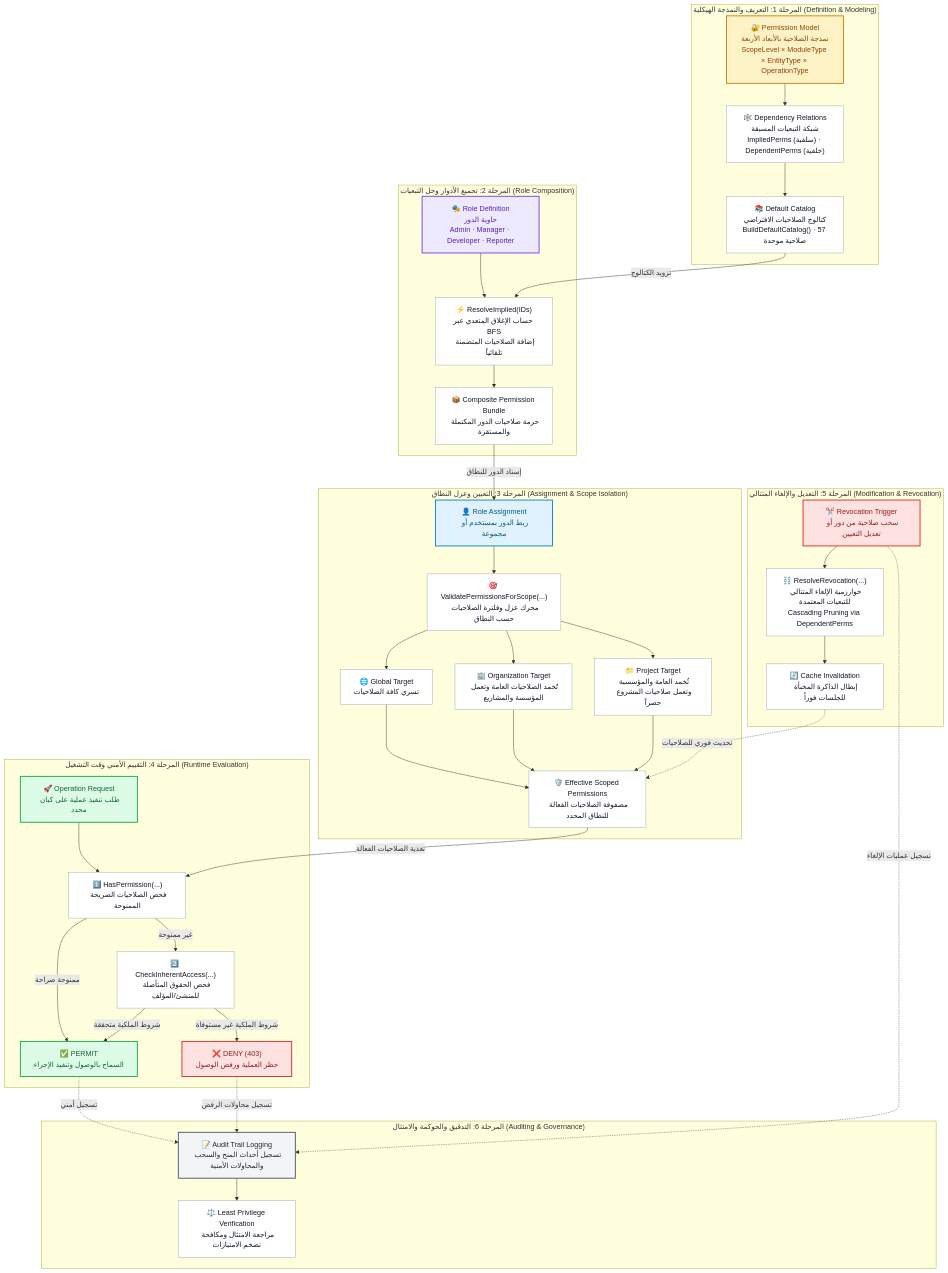
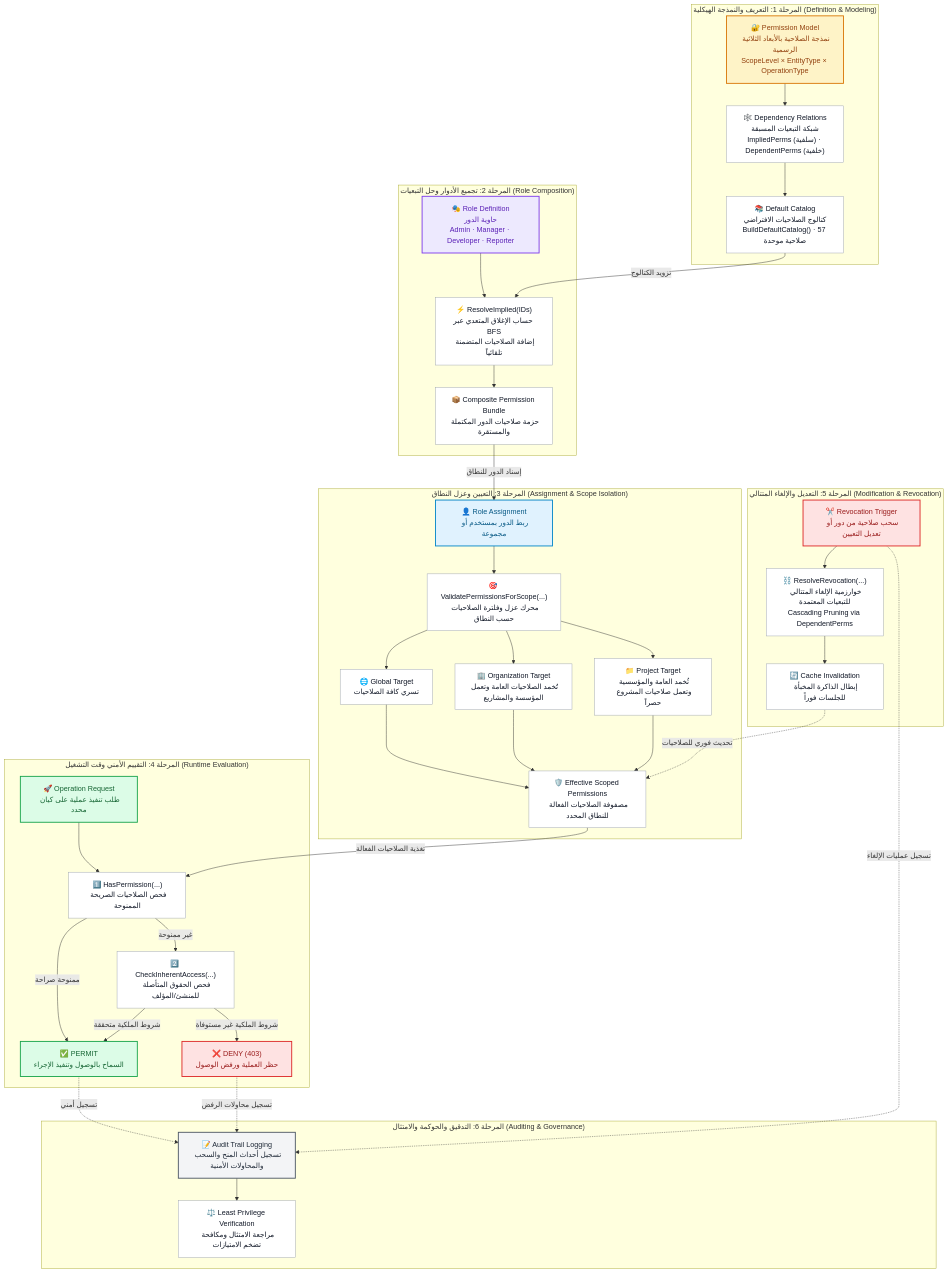
The diagram in docs/permissions/diagrams/permissions_lifecycle.mmd (osmai4603-collab/permissions_youtrack), drawn with Mermaid before and after one commit. The commit also changed 16 other files, not shown here.

```diff
--- a/docs/permissions/diagrams/permissions_lifecycle.mmd
+++ b/docs/permissions/diagrams/permissions_lifecycle.mmd
@@ -1,116 +1,115 @@
 %% ══════════════════════════════════════════════════════════════════════
 %% YouTrack Permissions — End-to-End Lifecycle Architecture
 %% ══════════════════════════════════════════════════════════════════════
 %% مخطط دورة حياة الصلاحيات الشاملة من التعريف وحتى الإلغاء والتدقيق
 %% ══════════════════════════════════════════════════════════════════════
 
 graph TB
 
     %% ─────────────────────────────────────────────
     %% Styling Definitions
     %% ─────────────────────────────────────────────
     classDef phaseDef fill:#FEF3C7,stroke:#D97706,stroke-width:2px,color:#92400E;
     classDef phaseComp fill:#EDE9FE,stroke:#7C3AED,stroke-width:2px,color:#5B21B6;
     classDef phaseAssign fill:#E0F2FE,stroke:#0284C7,stroke-width:2px,color:#075985;
     classDef phaseEval fill:#DCFCE7,stroke:#16A34A,stroke-width:2px,color:#166534;
     classDef phaseRevoke fill:#FEE2E2,stroke:#DC2626,stroke-width:2px,color:#991B1B;
     classDef phaseAudit fill:#F3F4F6,stroke:#4B5563,stroke-width:2px,color:#1F2937;
     classDef nodeDetail fill:#FFFFFF,stroke:#9CA3AF,stroke-width:1px,color:#111827;
 
     %% ═══════════════════════════════════════════════════════
     %% المرحلة 1: التعريف والنمذجة والتسجيل
-    %% ═══════════════════════════════════════════════════════
     subgraph PHASE1 ["المرحلة 1: التعريف والنمذجة الهيكلية (Definition & Modeling)"]
-        P1_PERM["🔐 Permission Model<br/>نمذجة الصلاحية بالأبعاد الأربعة<br/>ScopeLevel × ModuleType × EntityType × OperationType"]:::phaseDef
+        P1_PERM["🔐 Permission Model<br/>نمذجة الصلاحية بالأبعاد الثلاثية الرسمية<br/>ScopeLevel × EntityType × OperationType"]:::phaseDef
         P1_GRAPH["🕸️ Dependency Relations<br/>شبكة التبعيات المسبقة<br/>ImpliedPerms (سلفية) · DependentPerms (خلفية)"]:::nodeDetail
         P1_CATALOG["📚 Default Catalog<br/>كتالوج الصلاحيات الافتراضي<br/>BuildDefaultCatalog() · 57 صلاحية موحدة"]:::nodeDetail
 
         P1_PERM --> P1_GRAPH
         P1_GRAPH --> P1_CATALOG
     end
 
     %% ═══════════════════════════════════════════════════════
     %% المرحلة 2: تجميع الأدوار وحل التبعيات
     %% ═══════════════════════════════════════════════════════
     subgraph PHASE2 ["المرحلة 2: تجميع الأدوار وحل التبعيات (Role Composition)"]
         P2_ROLE["🎭 Role Definition<br/>حاوية الدور<br/>Admin · Manager · Developer · Reporter"]:::phaseComp
         P2_BFS["⚡ ResolveImplied(IDs)<br/>حساب الإغلاق المتعدي عبر BFS<br/>إضافة الصلاحيات المتضمنة تلقائياً"]:::nodeDetail
         P2_BUNDLE["📦 Composite Permission Bundle<br/>حزمة صلاحيات الدور المكتملة والمستقرة"]:::nodeDetail
 
         P2_ROLE --> P2_BFS
         P2_BFS --> P2_BUNDLE
     end
 
     P1_CATALOG -->|"تزويد الكتالوج"| P2_BFS
 
     %% ═══════════════════════════════════════════════════════
     %% المرحلة 3: التعيين وعزل النطاق
     %% ═══════════════════════════════════════════════════════
     subgraph PHASE3 ["المرحلة 3: التعيين وعزل النطاق (Assignment & Scope Isolation)"]
         P3_ASSIGN["👤 Role Assignment<br/>ربط الدور بمستخدم أو مجموعة"]:::phaseAssign
         P3_ENGINE["🎯 ValidatePermissionsForScope(...)<br/>محرك عزل وفلترة الصلاحيات حسب النطاق"]:::nodeDetail
         
         P3_GLOBAL["🌐 Global Target<br/>تسري كافة الصلاحيات"]:::nodeDetail
         P3_ORG["🏢 Organization Target<br/>تُخمد الصلاحيات العامة وتعمل المؤسسة والمشاريع"]:::nodeDetail
         P3_PROJ["📁 Project Target<br/>تُخمد العامة والمؤسسية وتعمل صلاحيات المشروع حصراً"]:::nodeDetail
 
         P3_EFFECTIVE["🛡️ Effective Scoped Permissions<br/>مصفوفة الصلاحيات الفعالة للنطاق المحدد"]:::nodeDetail
 
         P3_ASSIGN --> P3_ENGINE
         P3_ENGINE --> P3_GLOBAL
         P3_ENGINE --> P3_ORG
         P3_ENGINE --> P3_PROJ
         P3_GLOBAL --> P3_EFFECTIVE
         P3_ORG --> P3_EFFECTIVE
         P3_PROJ --> P3_EFFECTIVE
     end
 
     P2_BUNDLE -->|"إسناد الدور للنطاق"| P3_ASSIGN
 
     %% ═══════════════════════════════════════════════════════
     %% المرحلة 4: التقييم الديناميكي وقت التشغيل
     %% ═══════════════════════════════════════════════════════
     subgraph PHASE4 ["المرحلة 4: التقييم الأمني وقت التشغيل (Runtime Evaluation)"]
         P4_REQ["🚀 Operation Request<br/>طلب تنفيذ عملية على كيان محدد"]:::phaseEval
         P4_EXP["1️⃣ HasPermission(...)<br/>فحص الصلاحيات الصريحة الممنوحة"]:::nodeDetail
         P4_INH["2️⃣ CheckInherentAccess(...)<br/>فحص الحقوق المتأصلة للمنشئ/المؤلف"]:::nodeDetail
         
         P4_PERMIT["✅ PERMIT<br/>السماح بالوصول وتنفيذ الإجراء"]:::phaseEval
         P4_DENY["❌ DENY (403)<br/>حظر العملية ورفض الوصول"]:::phaseRevoke
 
         P4_REQ --> P4_EXP
         P4_EXP -->|"ممنوحة صراحة"| P4_PERMIT
         P4_EXP -->|"غير ممنوحة"| P4_INH
         P4_INH -->|"شروط الملكية متحققة"| P4_PERMIT
         P4_INH -->|"شروط الملكية غير مستوفاة"| P4_DENY
     end
 
     P3_EFFECTIVE -->|"تغذية الصلاحيات الفعالة"| P4_EXP
 
     %% ═══════════════════════════════════════════════════════
     %% المرحلة 5: التعديل والإلغاء المتتالي
     %% ═══════════════════════════════════════════════════════
     subgraph PHASE5 ["المرحلة 5: التعديل والإلغاء المتتالي (Modification & Revocation)"]
         P5_REVOKE["✂️ Revocation Trigger<br/>سحب صلاحية من دور أو تعديل التعيين"]:::phaseRevoke
         P5_CASCADE["⛓️ ResolveRevocation(...)<br/>خوارزمية الإلغاء المتتالي للتبعيات المعتمدة<br/>Cascading Pruning via DependentPerms"]:::nodeDetail
         P5_INVALIDATE["🔄 Cache Invalidation<br/>إبطال الذاكرة المخبأة للجلسات فوراً"]:::nodeDetail
 
         P5_REVOKE --> P5_CASCADE
         P5_CASCADE --> P5_INVALIDATE
     end
 
     P5_INVALIDATE -.->|"تحديث فوري للصلاحيات"| P3_EFFECTIVE
 
     %% ═══════════════════════════════════════════════════════
     %% المرحلة 6: الحوكمة والتدقيق والامتثال
     %% ═══════════════════════════════════════════════════════
     subgraph PHASE6 ["المرحلة 6: التدقيق والحوكمة والامتثال (Auditing & Governance)"]
         P6_LOG["📝 Audit Trail Logging<br/>تسجيل أحداث المنح والسحب والمحاولات الأمنية"]:::phaseAudit
         P6_LEAST["⚖️ Least Privilege Verification<br/>مراجعة الامتثال ومكافحة تضخم الامتيازات"]:::nodeDetail
 
         P6_LOG --> P6_LEAST
     end
 
     P4_PERMIT -.->|"تسجيل أمني"| P6_LOG
     P4_DENY -.->|"تسجيل محاولات الرفض"| P6_LOG
     P5_REVOKE -.->|"تسجيل عمليات الإلغاء"| P6_LOG
```
